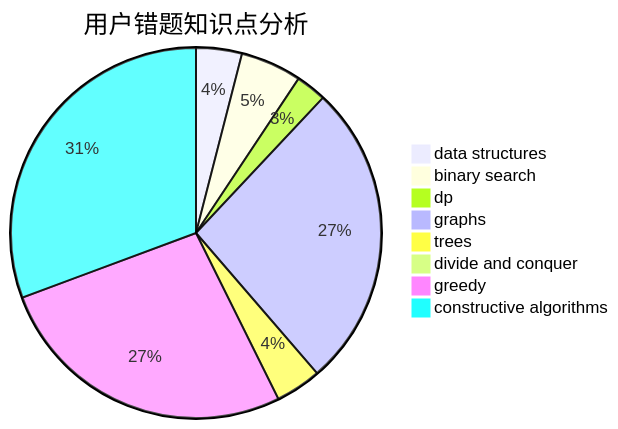
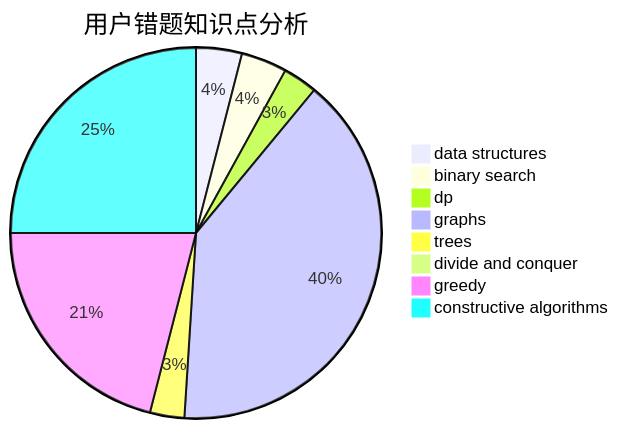
The third of 3 diagrams in docs/user/u1446.md (sherpahu/cfrs.github.io), drawn with Mermaid before and after one commit. The commit also changed other lines of this file and 2770 other files, not shown here.

````diff
--- a/docs/user/u1446.md
+++ b/docs/user/u1446.md
@@ -36,11 +36,11 @@
 ```mermaid
 pie title 用户错题知识点分析
-    "data structures" :  3
+    "data structures" :  4
     "binary search" :  4
-    "dp" :  2
-    "graphs" :  20
+    "dp" :  3
+    "graphs" :  40
     "trees" :  3
     "divide and conquer" :  0
-    "greedy" :  20
-    "constructive algorithms" :  23
+    "greedy" :  21
+    "constructive algorithms" :  25
 ```
````
